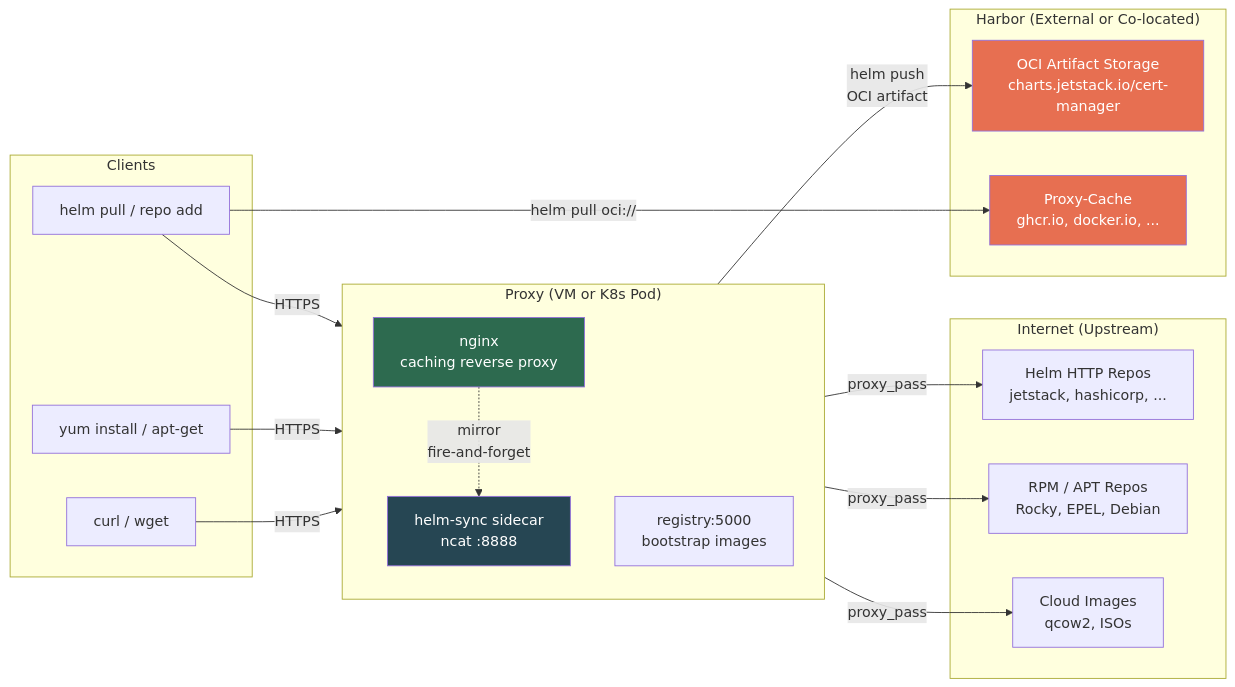
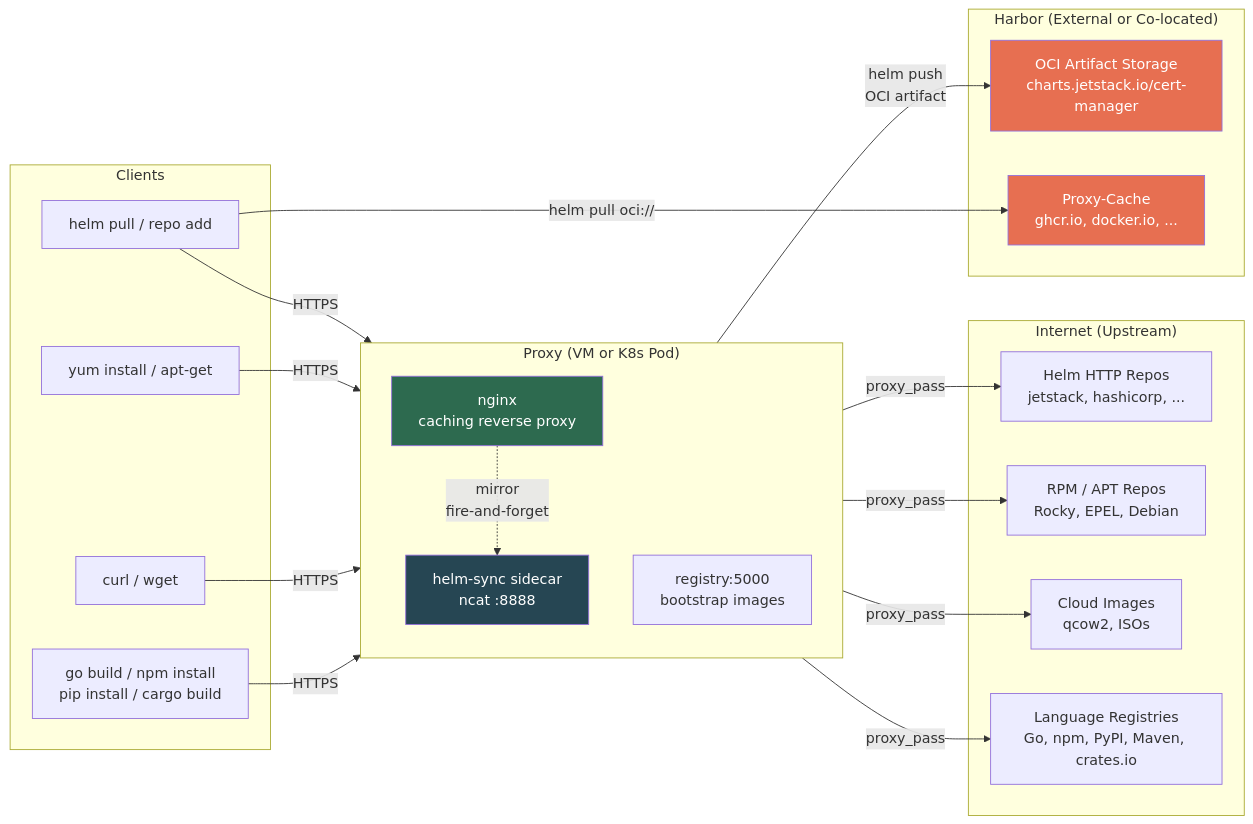
One commit to derhornspieler/harvester-proxy-internet-vm changed the first of 7 diagrams in README.md. Above: the diagram before and after it, drawn with Mermaid. The commit also changed other lines of this file, not shown here.

First line of the commit message:
docs: update README for language proxies, Squid, and new cache volumes

````diff
--- a/README.md
+++ b/README.md
@@ -9,37 +9,39 @@
 ```mermaid
 graph LR
     subgraph Clients
         C1[helm pull / repo add]
         C2[yum install / apt-get]
         C3[curl / wget]
+        C4[go build / npm install<br/>pip install / cargo build]
     end
 
     subgraph Proxy["Proxy (VM or K8s Pod)"]
         direction TB
         NG[nginx<br/>caching reverse proxy]
         HS[helm-sync sidecar<br/>ncat :8888]
         REG[registry:5000<br/>bootstrap images]
     end
 
     subgraph Upstream["Internet (Upstream)"]
         HR[Helm HTTP Repos<br/>jetstack, hashicorp, ...]
         RPM[RPM / APT Repos<br/>Rocky, EPEL, Debian]
         DL[Cloud Images<br/>qcow2, ISOs]
+        PKG[Language Registries<br/>Go, npm, PyPI, Maven, crates.io]
     end
 
     subgraph Harbor["Harbor (External or Co-located)"]
         OCI[OCI Artifact Storage<br/>charts.jetstack.io/cert-manager]
         PC[Proxy-Cache<br/>ghcr.io, docker.io, ...]
     end
 
-    C1 & C2 & C3 -->|HTTPS| NG
-    NG -->|proxy_pass| HR & RPM & DL
+    C1 & C2 & C3 & C4 -->|HTTPS| NG
+    NG -->|proxy_pass| HR & RPM & DL & PKG
     NG -.->|mirror<br/>fire-and-forget| HS
     HS -->|helm push<br/>OCI artifact| OCI
     C1 -->|helm pull oci://| PC
 
     style NG fill:#2d6a4f,color:#fff
     style HS fill:#264653,color:#fff
     style OCI fill:#e76f51,color:#fff
     style PC fill:#e76f51,color:#fff
 ```
````
